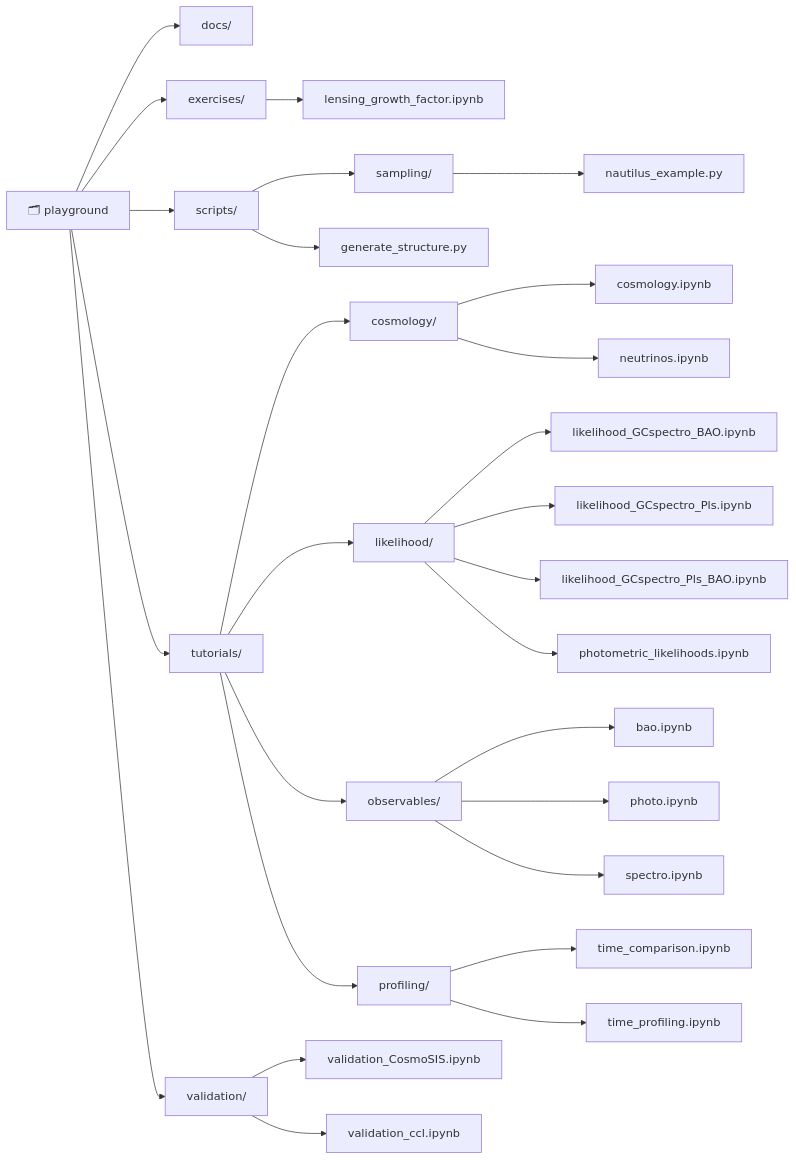
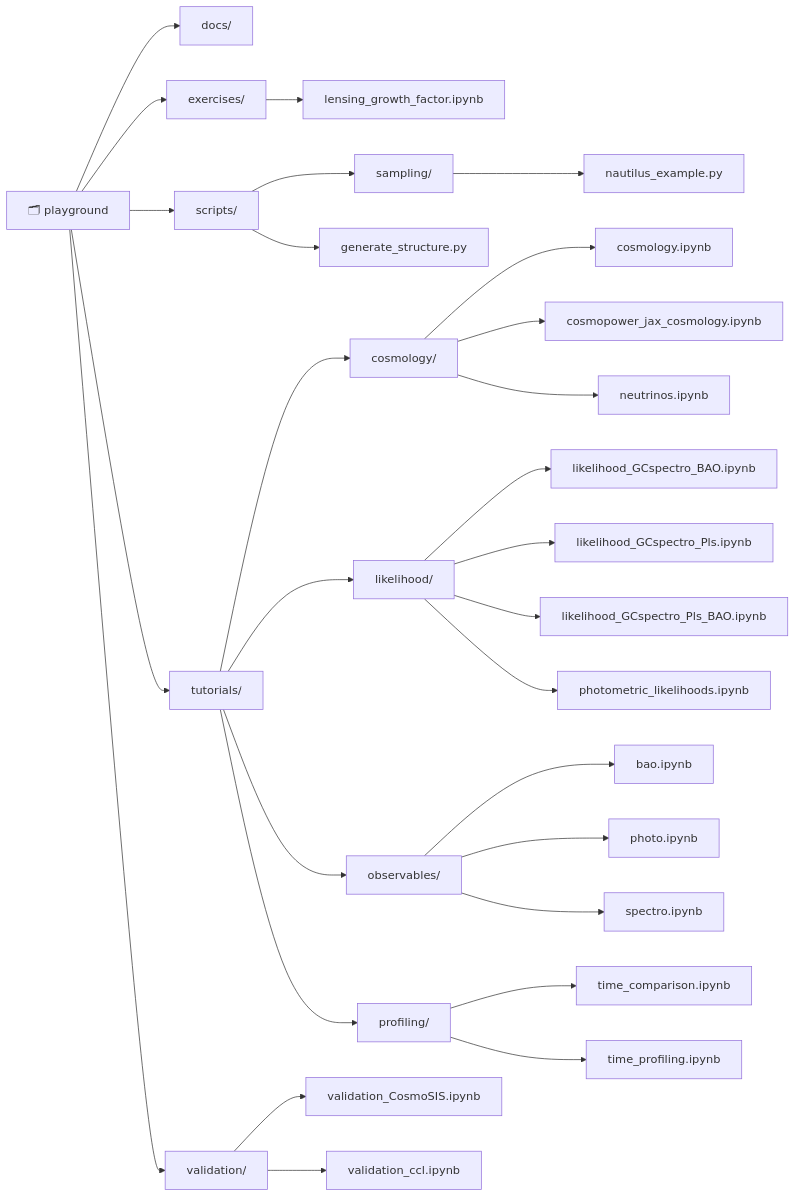
One commit to cloe-org/playground changed the diagram in README.md. Above: the diagram before and after it, drawn with Mermaid.

Commit message:
docs: update repository structure diagram [skip ci]

````diff
--- a/README.md
+++ b/README.md
@@ -42,57 +42,59 @@
 ```mermaid
 graph LR
     root[🗂 playground]
     root__docs[docs/]
     root__exercises[exercises/]
     root__exercises__lensing_growth_factor_ipynb[lensing_growth_factor.ipynb]
     root__scripts[scripts/]
     root__scripts__sampling[sampling/]
     root__scripts__sampling__nautilus_example_py[nautilus_example.py]
     root__scripts__generate_structure_py[generate_structure.py]
     root__tutorials[tutorials/]
     root__tutorials__cosmology[cosmology/]
     root__tutorials__cosmology__cosmology_ipynb[cosmology.ipynb]
+    root__tutorials__cosmology__cosmopower_jax_cosmology_ipynb[cosmopower_jax_cosmology.ipynb]
     root__tutorials__cosmology__neutrinos_ipynb[neutrinos.ipynb]
     root__tutorials__likelihood[likelihood/]
     root__tutorials__likelihood__likelihood_GCspectro_BAO_ipynb[likelihood_GCspectro_BAO.ipynb]
     root__tutorials__likelihood__likelihood_GCspectro_Pls_ipynb[likelihood_GCspectro_Pls.ipynb]
     root__tutorials__likelihood__likelihood_GCspectro_Pls_BAO_ipynb[likelihood_GCspectro_Pls_BAO.ipynb]
     root__tutorials__likelihood__photometric_likelihoods_ipynb[photometric_likelihoods.ipynb]
     root__tutorials__observables[observables/]
     root__tutorials__observables__bao_ipynb[bao.ipynb]
     root__tutorials__observables__photo_ipynb[photo.ipynb]
     root__tutorials__observables__spectro_ipynb[spectro.ipynb]
     root__tutorials__profiling[profiling/]
     root__tutorials__profiling__time_comparison_ipynb[time_comparison.ipynb]
     root__tutorials__profiling__time_profiling_ipynb[time_profiling.ipynb]
     root__validation[validation/]
     root__validation__validation_CosmoSIS_ipynb[validation_CosmoSIS.ipynb]
     root__validation__validation_ccl_ipynb[validation_ccl.ipynb]
 
     root --> root__docs
     root --> root__exercises
     root__exercises --> root__exercises__lensing_growth_factor_ipynb
     root --> root__scripts
     root__scripts --> root__scripts__sampling
     root__scripts__sampling --> root__scripts__sampling__nautilus_example_py
     root__scripts --> root__scripts__generate_structure_py
     root --> root__tutorials
     root__tutorials --> root__tutorials__cosmology
     root__tutorials__cosmology --> root__tutorials__cosmology__cosmology_ipynb
+    root__tutorials__cosmology --> root__tutorials__cosmology__cosmopower_jax_cosmology_ipynb
     root__tutorials__cosmology --> root__tutorials__cosmology__neutrinos_ipynb
     root__tutorials --> root__tutorials__likelihood
     root__tutorials__likelihood --> root__tutorials__likelihood__likelihood_GCspectro_BAO_ipynb
     root__tutorials__likelihood --> root__tutorials__likelihood__likelihood_GCspectro_Pls_ipynb
     root__tutorials__likelihood --> root__tutorials__likelihood__likelihood_GCspectro_Pls_BAO_ipynb
     root__tutorials__likelihood --> root__tutorials__likelihood__photometric_likelihoods_ipynb
     root__tutorials --> root__tutorials__observables
     root__tutorials__observables --> root__tutorials__observables__bao_ipynb
     root__tutorials__observables --> root__tutorials__observables__photo_ipynb
     root__tutorials__observables --> root__tutorials__observables__spectro_ipynb
     root__tutorials --> root__tutorials__profiling
     root__tutorials__profiling --> root__tutorials__profiling__time_comparison_ipynb
     root__tutorials__profiling --> root__tutorials__profiling__time_profiling_ipynb
     root --> root__validation
     root__validation --> root__validation__validation_CosmoSIS_ipynb
     root__validation --> root__validation__validation_ccl_ipynb
 ```
````
